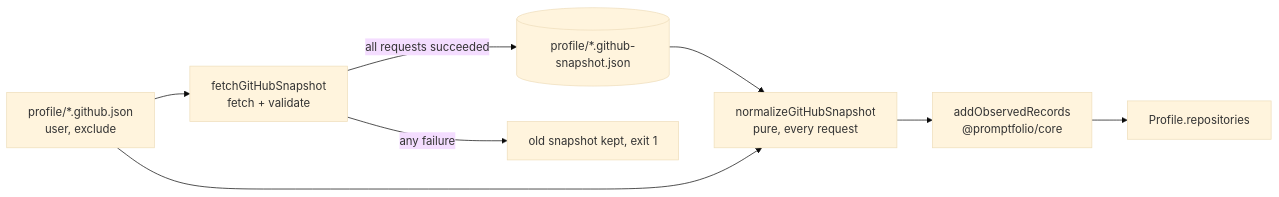
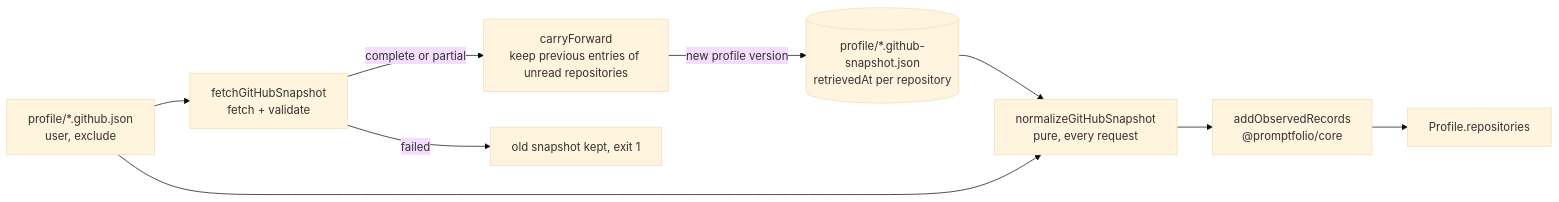
One commit to promptfolios/promptfolio changed the diagram in docs/learning/source-adapters-and-snapshots.md. Above: the diagram before and after it, drawn with Mermaid (base theme). The commit also changed other lines of this file and 7 other files, not shown here.

````diff
--- a/docs/learning/source-adapters-and-snapshots.md
+++ b/docs/learning/source-adapters-and-snapshots.md
@@ -30,10 +31,11 @@
 ```mermaid
 flowchart LR
     cfg["profile/*.github.json<br/>user, exclude"] --> fetch["fetchGitHubSnapshot<br/>fetch + validate"]
-    fetch -- "all requests succeeded" --> snap[("profile/*.github-snapshot.json")]
-    fetch -- "any failure" --> keep["old snapshot kept, exit 1"]
+    fetch -- "complete or partial" --> carry["carryForward<br/>keep previous entries of unread repositories"]
+    carry -- "new profile version" --> snap[("profile/*.github-snapshot.json<br/>retrievedAt per repository")]
+    fetch -- "failed" --> keep["old snapshot kept, exit 1"]
     snap --> norm["normalizeGitHubSnapshot<br/>pure, every request"]
     cfg --> norm
     norm --> merge["addObservedRecords<br/>@promptfolio/core"]
     merge --> profile["Profile.repositories"]
 ```
````
